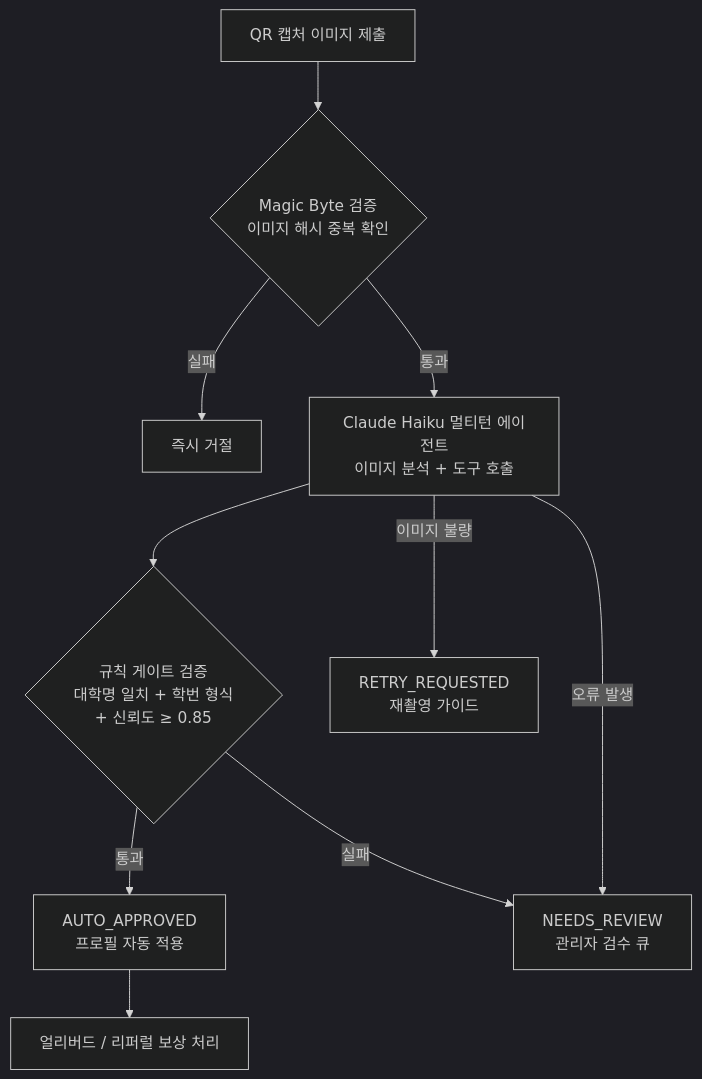
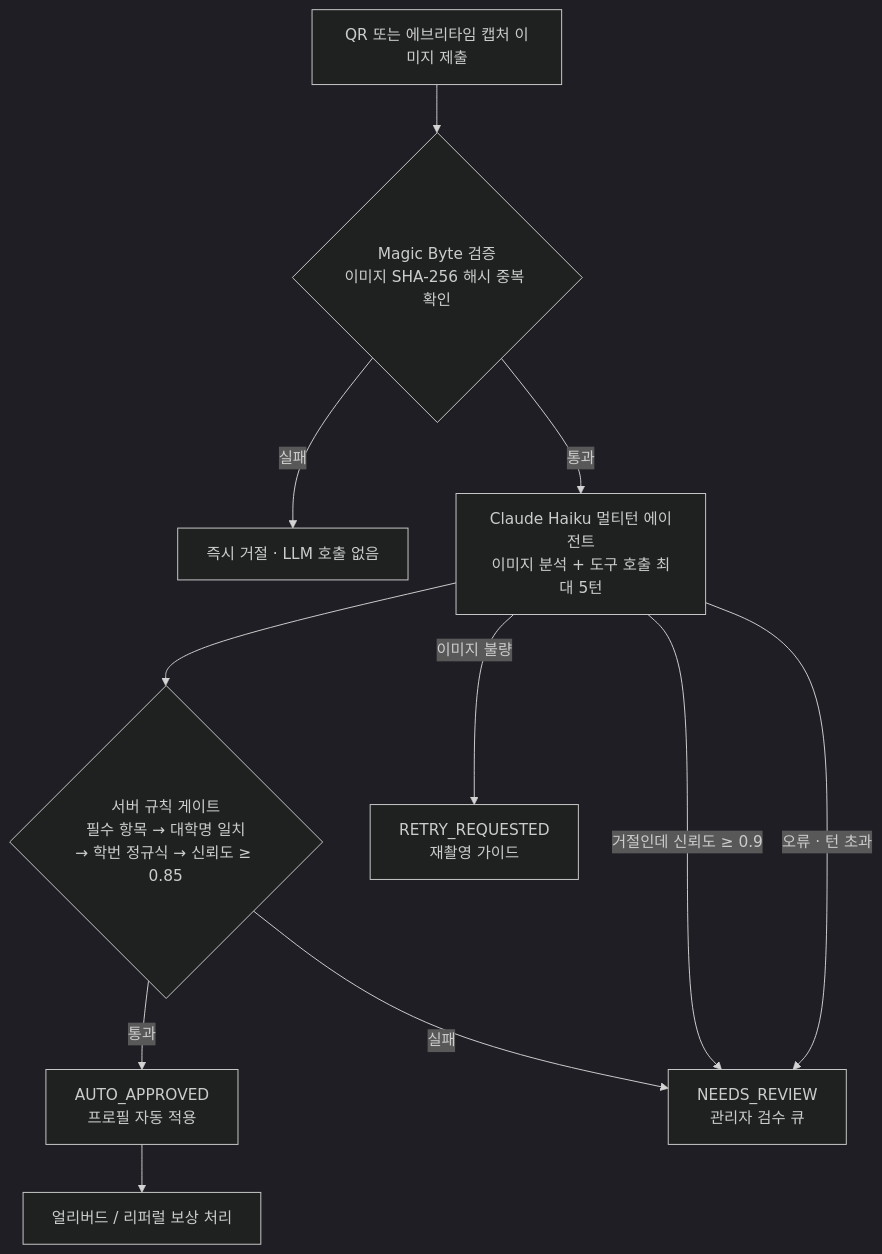
Before and after one commit to seungjinBen/CampusHanjang: the third of 4 diagrams in README.md, drawn with Mermaid (dark theme). The commit also changed other lines of this file, not shown here.

````diff
--- a/README.md
+++ b/README.md
@@ -188,12 +196,13 @@
 ```mermaid
 flowchart TD
-    A[QR 캡처 이미지 제출] --> B{Magic Byte 검증\n이미지 해시 중복 확인}
-    B -->|실패| C[즉시 거절]
-    B -->|통과| D[Claude Haiku 멀티턴 에이전트\n이미지 분석 + 도구 호출]
-    D --> E{규칙 게이트 검증\n대학명 일치 + 학번 형식\n+ 신뢰도 ≥ 0.85}
+    A[QR 또는 에브리타임 캡처 이미지 제출] --> B{Magic Byte 검증\n이미지 SHA-256 해시 중복 확인}
+    B -->|실패| C[즉시 거절 · LLM 호출 없음]
+    B -->|통과| D[Claude Haiku 멀티턴 에이전트\n이미지 분석 + 도구 호출 최대 5턴]
+    D --> E{서버 규칙 게이트\n필수 항목 → 대학명 일치\n→ 학번 정규식 → 신뢰도 ≥ 0.85}
     E -->|통과| F[AUTO_APPROVED\n프로필 자동 적용]
     E -->|실패| G[NEEDS_REVIEW\n관리자 검수 큐]
     D -->|이미지 불량| H[RETRY_REQUESTED\n재촬영 가이드]
-    D -->|오류 발생| G
+    D -->|거절인데 신뢰도 ≥ 0.9| G
+    D -->|오류 · 턴 초과| G
     F --> I[얼리버드 / 리퍼럴 보상 처리]
 ```
````
